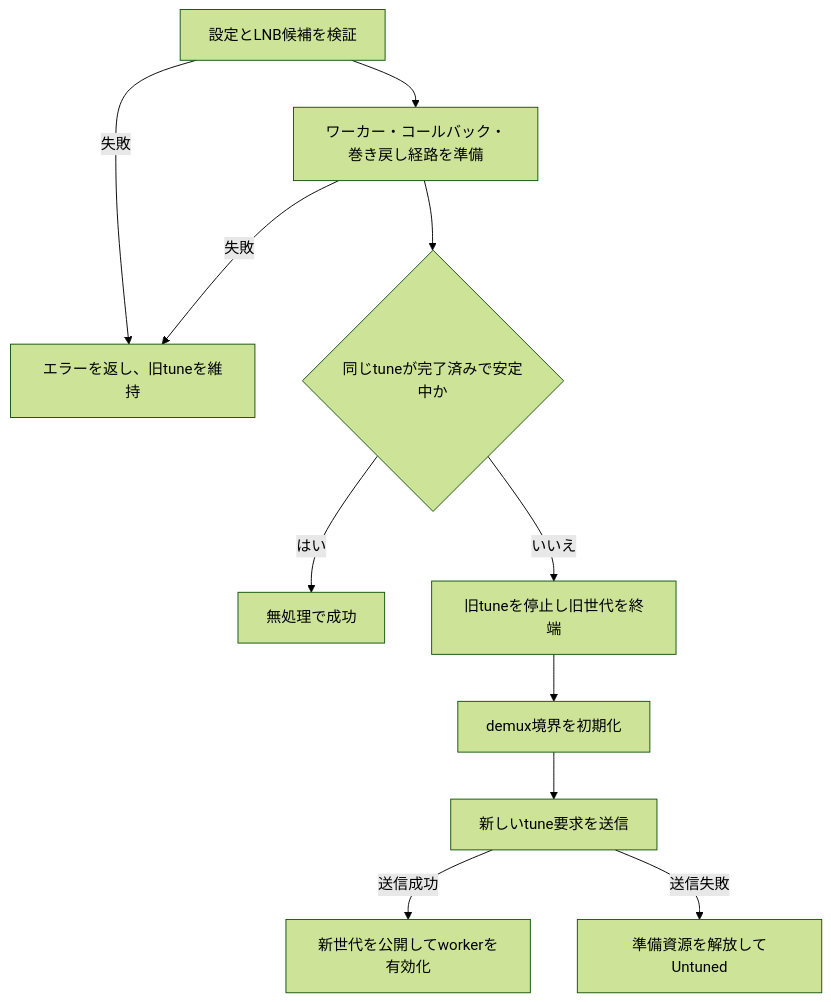
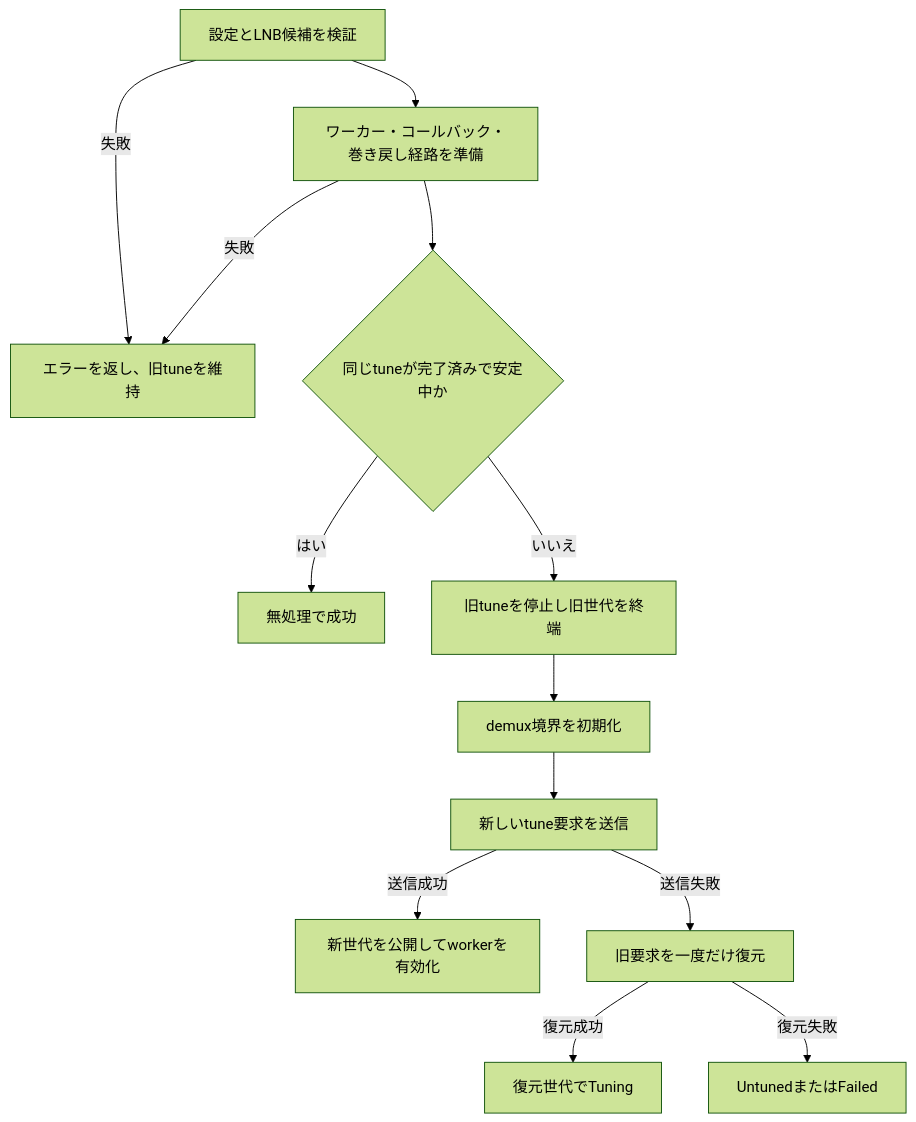
One commit to kazuki0824/tv changed the second of 2 diagrams in tuner_hal/DESIGN_JA.md. Above: the diagram before and after it, drawn with Mermaid (forest theme). The commit also changed other lines of this file and 6 other files, not shown here.

````diff
--- a/tuner_hal/DESIGN_JA.md
+++ b/tuner_hal/DESIGN_JA.md
@@ -1238,15 +1242,17 @@
 ```mermaid
 flowchart TD
     A[設定とLNB候補を検証] -->|失敗| B[エラーを返し、旧tuneを維持]
     A --> C[ワーカー・コールバック・巻き戻し経路を準備]
     C -->|失敗| B
     C --> D{同じtuneが完了済みで安定中か}
     D -->|はい| E[無処理で成功]
     D -->|いいえ| F[旧tuneを停止し旧世代を終端]
     F --> G[demux境界を初期化]
     G --> H[新しいtune要求を送信]
     H -->|送信成功| I[新世代を公開してworkerを有効化]
-    H -->|送信失敗| J[準備資源を解放してUntuned]
+    H -->|送信失敗| J[旧要求を一度だけ復元]
+    J -->|復元成功| K[復元世代でTuning]
+    J -->|復元失敗| L[UntunedまたはFailed]
 
 
 ```
````
